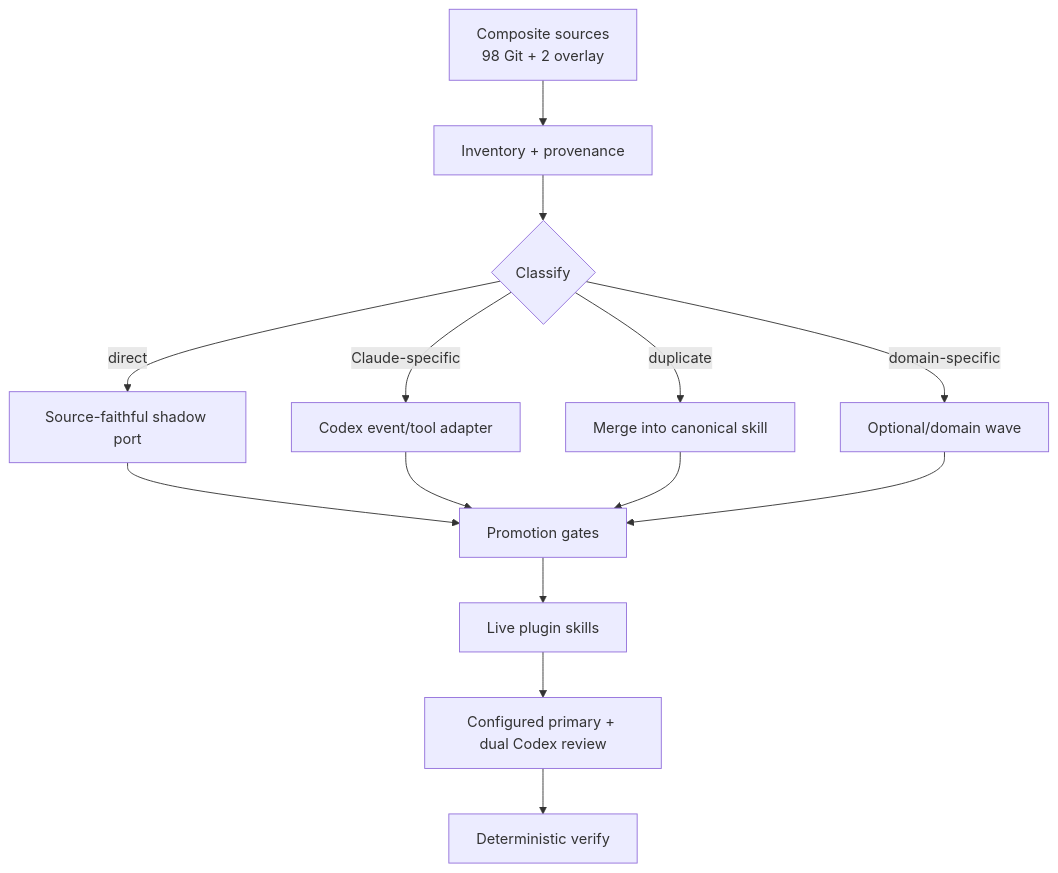
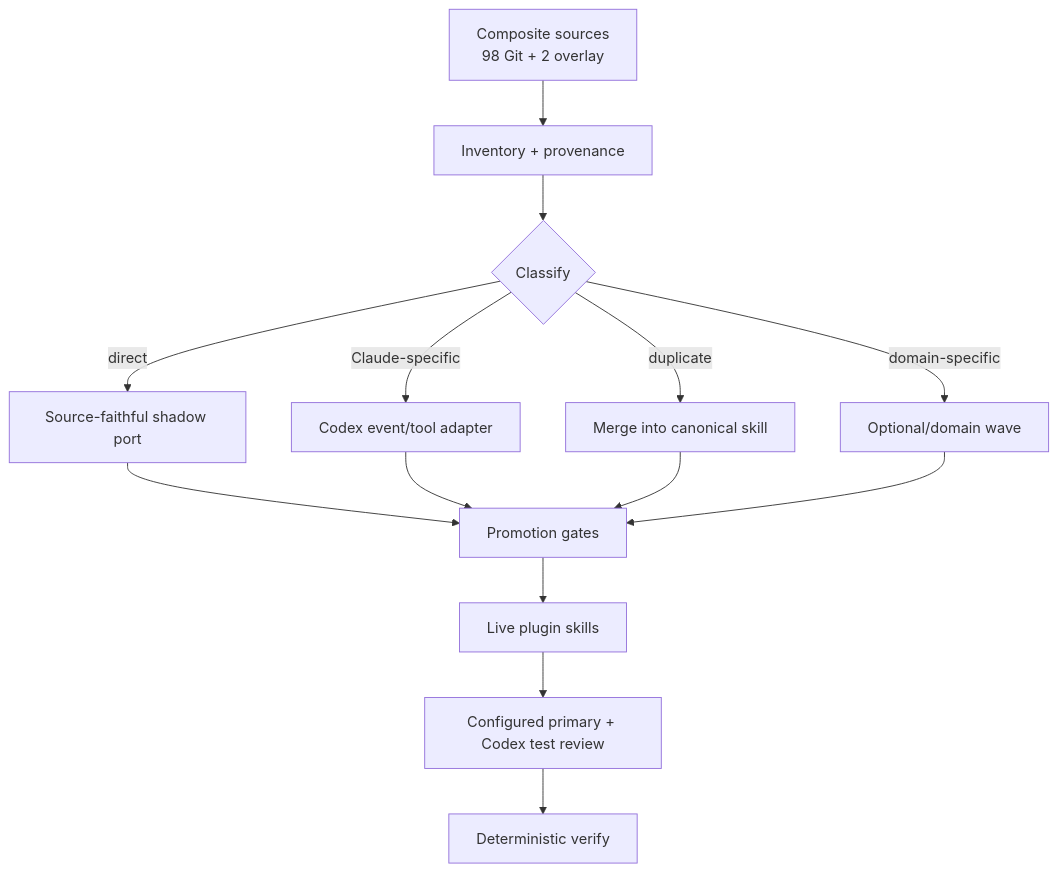
One commit to sd0xdev/sd0x-dev-flow-codex changed the second of 2 diagrams in docs/features/skill-toolkit-migration/2-tech-spec.md. Above: the diagram before and after it, drawn with Mermaid. The commit also changed other lines of this file and 39 other files, not shown here.

````diff
--- a/docs/features/skill-toolkit-migration/2-tech-spec.md
+++ b/docs/features/skill-toolkit-migration/2-tech-spec.md
@@ -92,16 +92,16 @@
 ```mermaid
 flowchart TD
     S[Composite sources<br/>98 Git + 2 overlay] --> I[Inventory + provenance]
     I --> C{Classify}
     C -->|direct| P[Source-faithful shadow port]
     C -->|Claude-specific| A[Codex event/tool adapter]
     C -->|duplicate| M[Merge into canonical skill]
     C -->|domain-specific| O[Optional/domain wave]
     P --> G[Promotion gates]
     A --> G
     M --> G
     O --> G
     G --> L[Live plugin skills]
-    L --> R[Configured primary + dual Codex review]
+    L --> R[Configured primary + Codex test review]
     R --> V[Deterministic verify]
 ```
````
